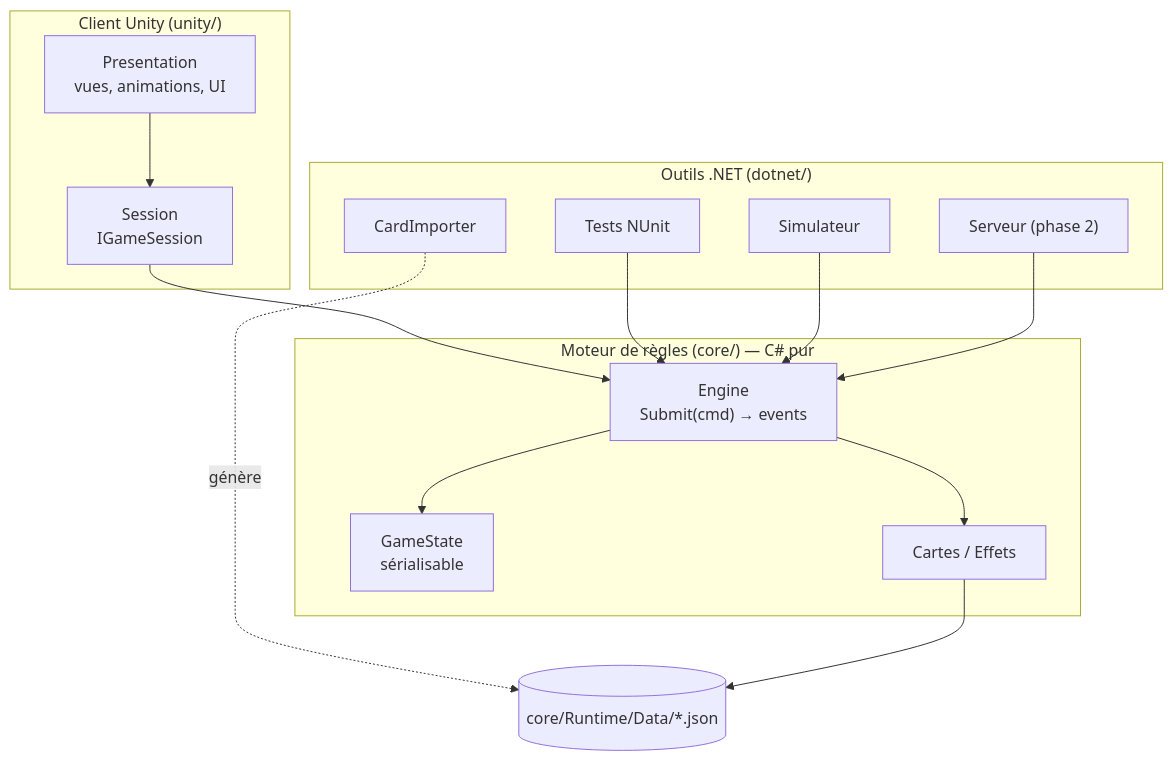
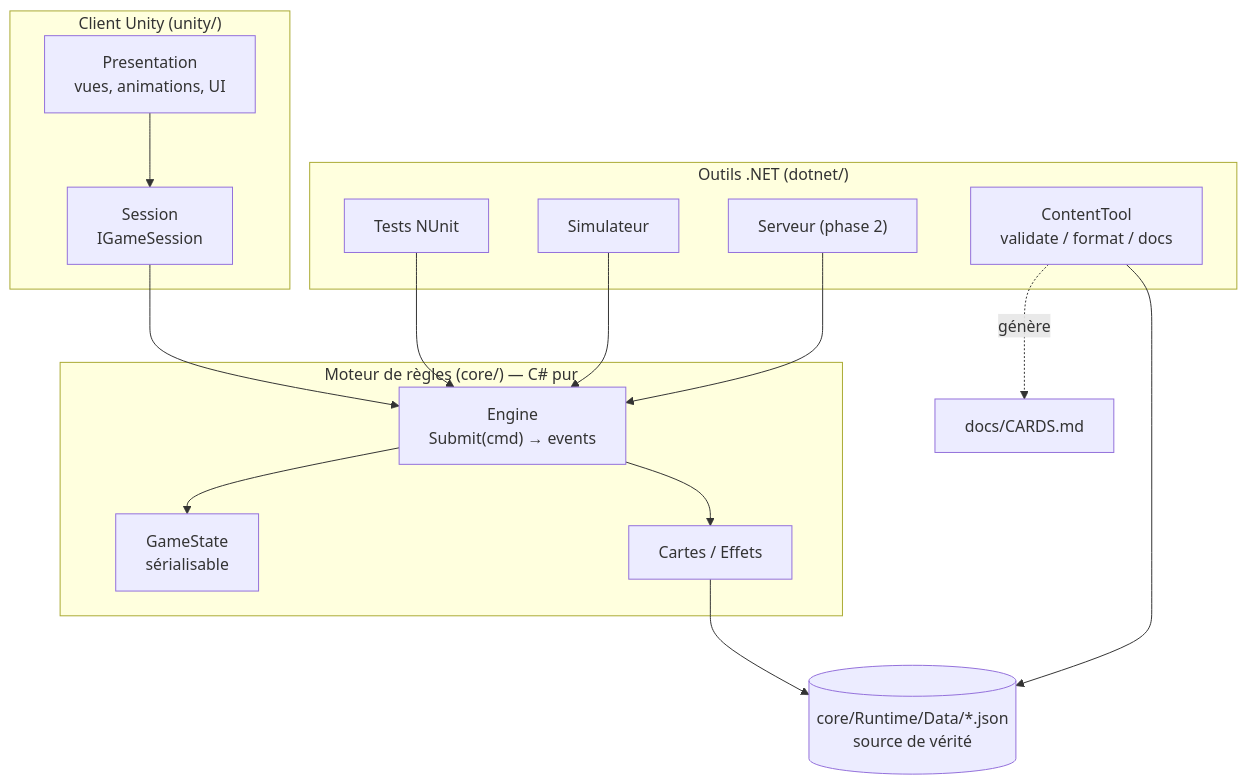
The first of 3 diagrams in docs/ARCHITECTURE.md (La-Cizaille/vortex), drawn with Mermaid before and after one commit. The commit also changed other lines of this file and 44 other files, not shown here.

First line of the commit message:
Make JSON the content source of truth and the engine card-agnostic

````diff
--- a/docs/ARCHITECTURE.md
+++ b/docs/ARCHITECTURE.md
@@ -9,27 +9,29 @@
 ```mermaid
 flowchart TB
     subgraph Unity["Client Unity (unity/)"]
         P["Presentation<br/>vues, animations, UI"]
         S["Session<br/>IGameSession"]
     end
     subgraph Core["Moteur de règles (core/) — C# pur"]
         E["Engine<br/>Submit(cmd) → events"]
         ST["GameState<br/>sérialisable"]
         C["Cartes / Effets"]
     end
     subgraph Tools["Outils .NET (dotnet/)"]
         T["Tests NUnit"]
         SIM["Simulateur"]
-        IMP["CardImporter"]
+        CT["ContentTool<br/>validate / format / docs"]
         SRV["Serveur (phase 2)"]
     end
     P --> S
     S --> E
     E --> ST
     E --> C
     T --> E
     SIM --> E
     SRV --> E
-    IMP -. génère .-> J[("core/Runtime/Data/*.json")]
+    J[("core/Runtime/Data/*.json<br/>source de vérité")]
     C --> J
+    CT --> J
+    CT -. génère .-> MD["docs/CARDS.md"]
 ```
````
